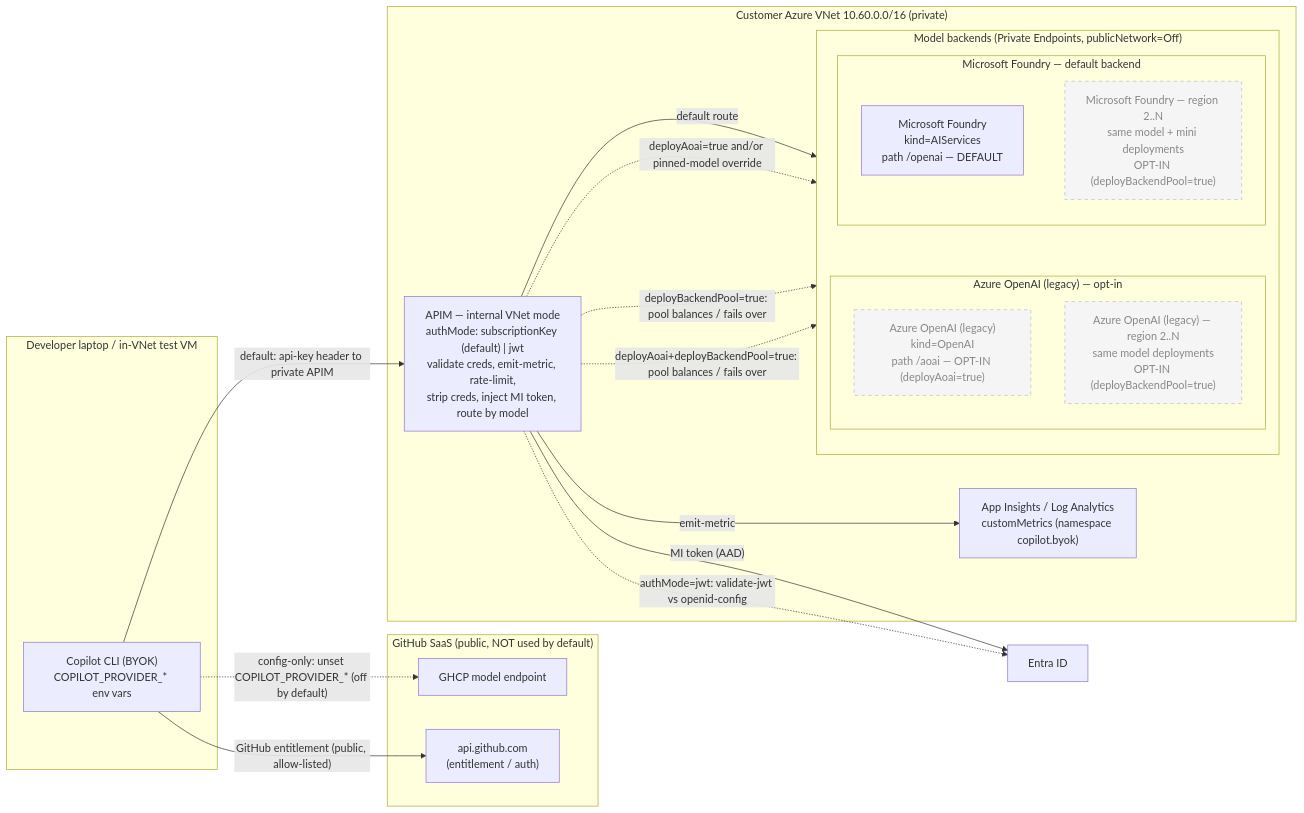
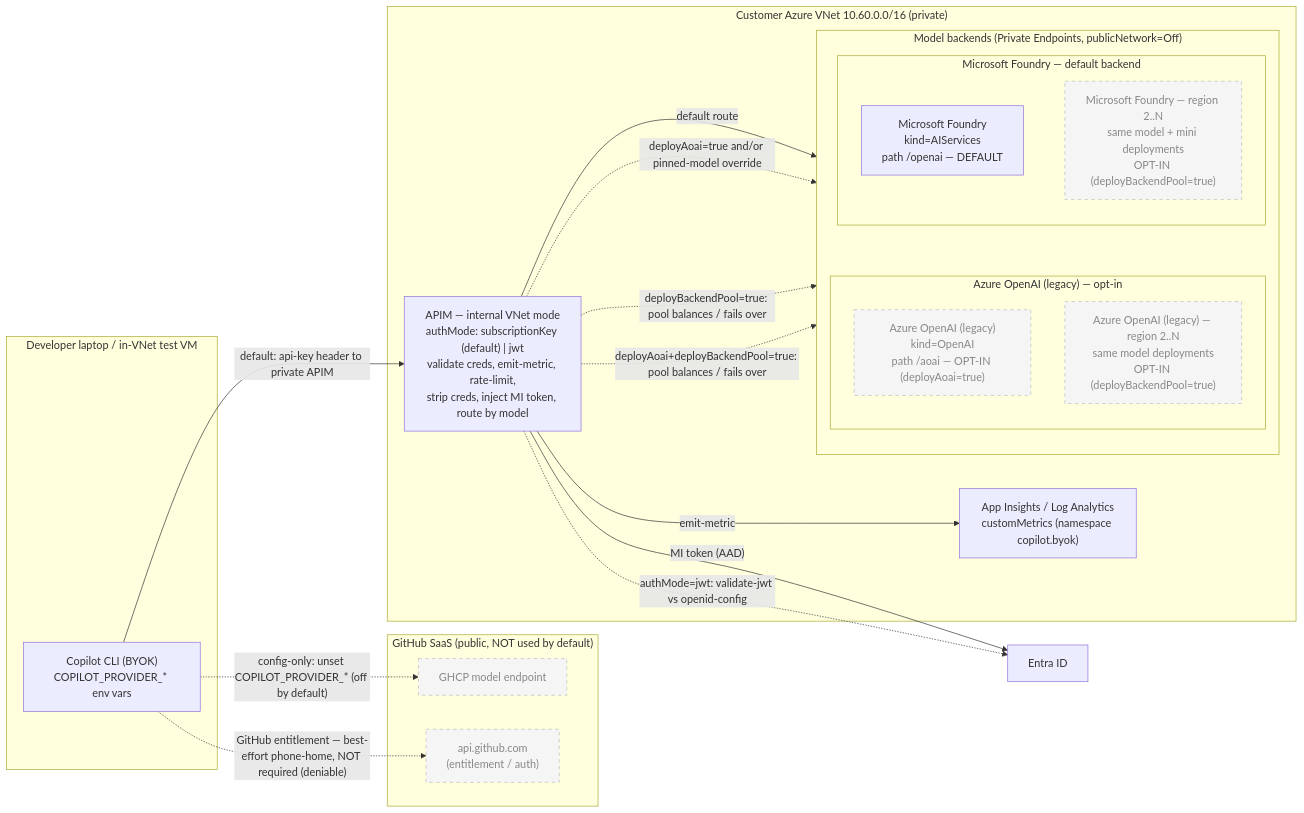
Before and after one commit to gwexler-msft/Copilot-CLI-BYOK-Azure: the first of 15 diagrams in docs/architecture.md, drawn with Mermaid. The commit also changed other lines of this file, not shown here.

First line of the commit message:
docs(architecture): grey out GitHub SaaS + entitlement nodes as opt-in/best-effort

````diff
--- a/docs/architecture.md
+++ b/docs/architecture.md
@@ -19,48 +19,48 @@
 ```mermaid
 flowchart LR
     subgraph Laptop["Developer laptop / in-VNet test VM"]
         CLI["Copilot CLI (BYOK)<br/>COPILOT_PROVIDER_* env vars"]
     end
 
     subgraph GH["GitHub SaaS (public, NOT used by default)"]
         SAAS["GHCP model endpoint"]
         ENT["api.github.com<br/>(entitlement / auth)"]
     end
 
     subgraph VNet["Customer Azure VNet 10.60.0.0/16 (private)"]
         APIM["APIM — internal VNet mode<br/>authMode: subscriptionKey (default) | jwt<br/>validate creds, emit-metric, rate-limit,<br/>strip creds, inject MI token, route by model"]
         subgraph Backends["Model backends (Private Endpoints, publicNetwork=Off)"]
             direction TB
             subgraph FoundryGroup["Microsoft Foundry — default backend"]
                 FOUNDRY["Microsoft Foundry<br/>kind=AIServices<br/>path /openai — DEFAULT"]
                 FOUNDRY2["Microsoft Foundry — region 2..N<br/>same model + mini deployments<br/>OPT-IN (deployBackendPool=true)"]
             end
             subgraph AoaiGroup["Azure OpenAI (legacy) — opt-in"]
                 AOAI["Azure OpenAI (legacy)<br/>kind=OpenAI<br/>path /aoai — OPT-IN (deployAoai=true)"]
                 AOAI2["Azure OpenAI (legacy) — region 2..N<br/>same model deployments<br/>OPT-IN (deployBackendPool=true)"]
             end
         end
         AI["App Insights / Log Analytics<br/>customMetrics (namespace copilot.byok)"]
     end
 
     ENTRA["Entra ID"]
 
     CLI -- "default: api-key header to private APIM" --> APIM
     CLI -. "config-only: unset COPILOT_PROVIDER_* (off by default)" .-> SAAS
-    CLI -- "GitHub entitlement (public, allow-listed)" --> ENT
+    CLI -. "GitHub entitlement — best-effort phone-home, NOT required (deniable)" .-> ENT
 
     APIM -- "MI token (AAD)" --> ENTRA
     APIM -- "default route" --> FOUNDRY
     APIM -. "deployAoai=true and/or pinned-model override" .-> AOAI
     APIM -. "deployBackendPool=true: pool balances / fails over" .-> FOUNDRY2
     APIM -. "deployAoai+deployBackendPool=true: pool balances / fails over" .-> AOAI2
     APIM -- "emit-metric" --> AI
     APIM -. "authMode=jwt: validate-jwt vs openid-config" .-> ENTRA
 
     %% invisible links to force Foundry group to render ABOVE the AOAI group
     FOUNDRY ~~~ AOAI
     FOUNDRY2 ~~~ AOAI2
 
     classDef optin fill:#f5f5f5,stroke:#bbbbbb,stroke-dasharray:5 5,color:#888888;
-    class FOUNDRY2,AOAI,AOAI2 optin;
+    class FOUNDRY2,AOAI,AOAI2,SAAS,ENT optin;
 ```
````
